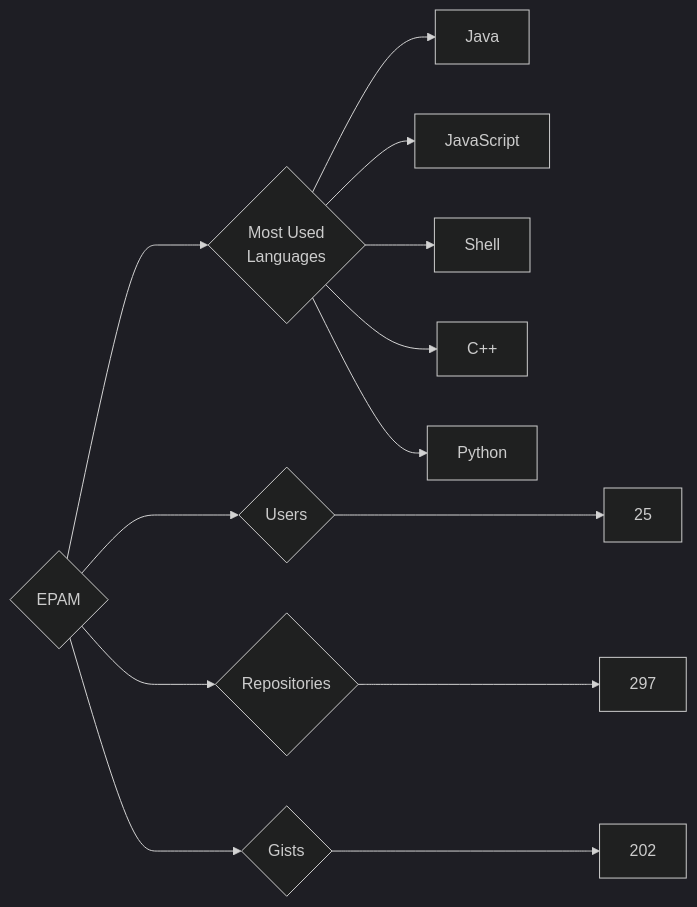
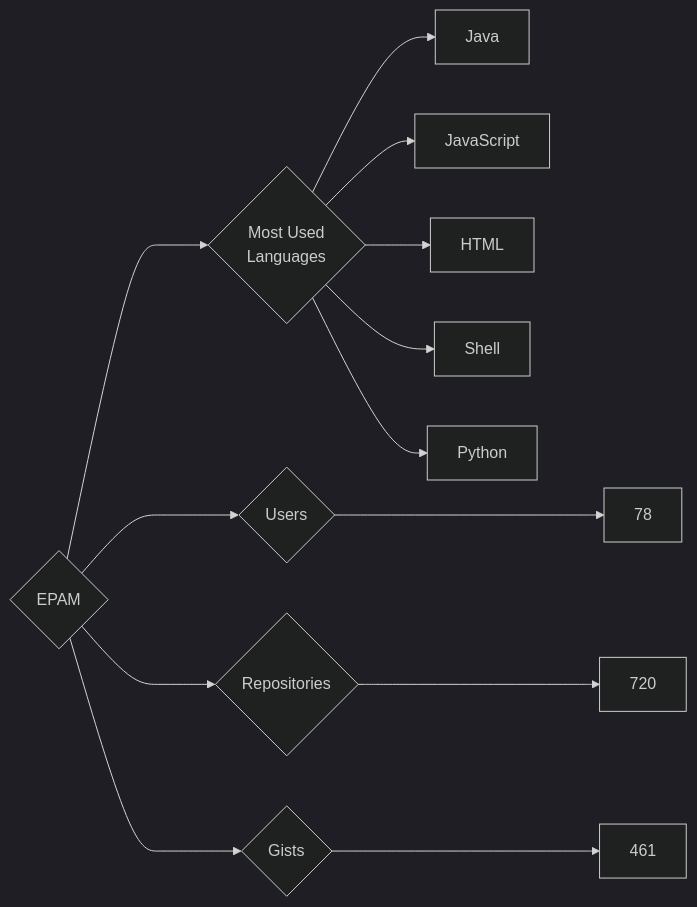
Before and after one commit to trickest/insiders: the diagram in targets/EPAM/README.md, drawn with Mermaid (dark theme). The commit also changed 681 other files, not shown here.

````diff
--- a/targets/EPAM/README.md
+++ b/targets/EPAM/README.md
@@ -3,13 +3,13 @@
 ```mermaid
 graph LR
 COMPANY_NAME{EPAM}
-COMPANY_NAME ---> U{Users} ---> UN[25]
-COMPANY_NAME ---> R{Repositories} ---> RN[297]
-COMPANY_NAME ---> G{Gists} ---> GN[202]
+COMPANY_NAME ---> U{Users} ---> UN[78]
+COMPANY_NAME ---> R{Repositories} ---> RN[720]
+COMPANY_NAME ---> G{Gists} ---> GN[461]
 COMPANY_NAME ---> ML{Most Used<br>Languages}
 ML --> Java[Java]
 ML --> JavaScript[JavaScript]
+ML --> HTML[HTML]
 ML --> Shell[Shell]
-ML --> C++[C++]
 ML --> Python[Python]
 ```
````
